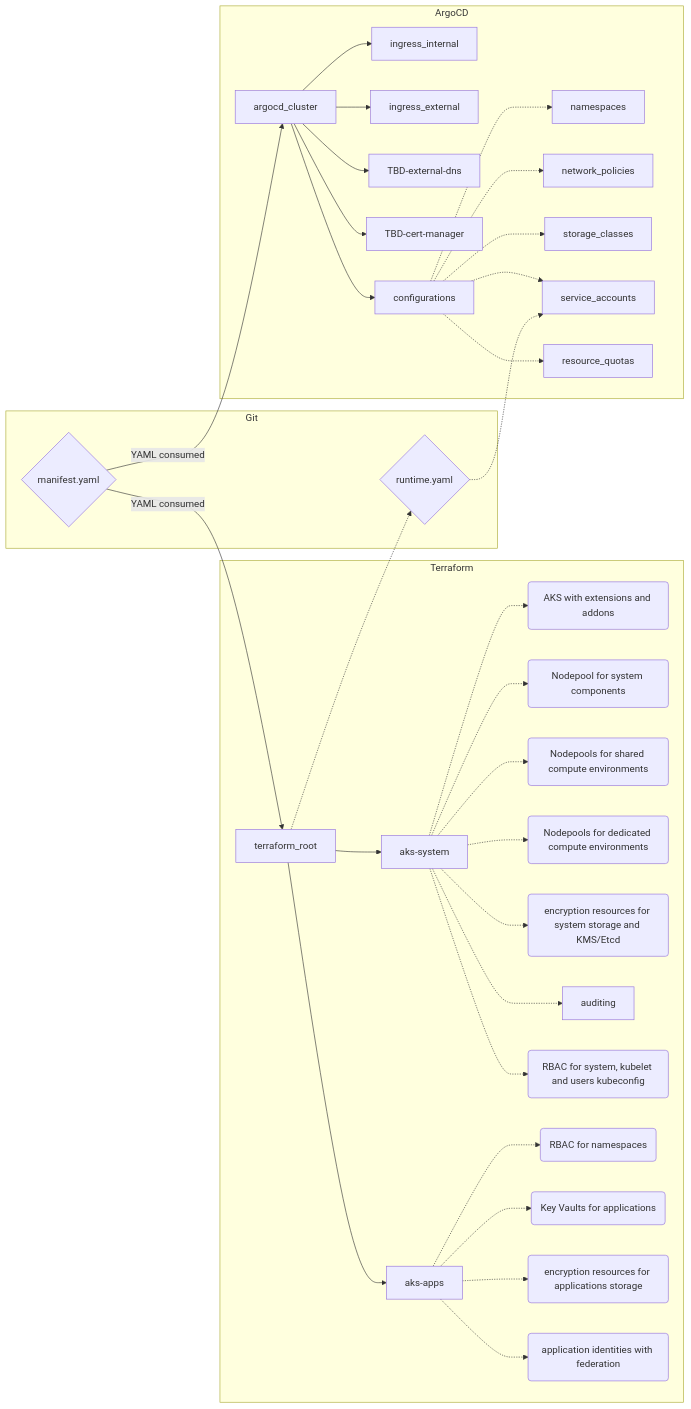
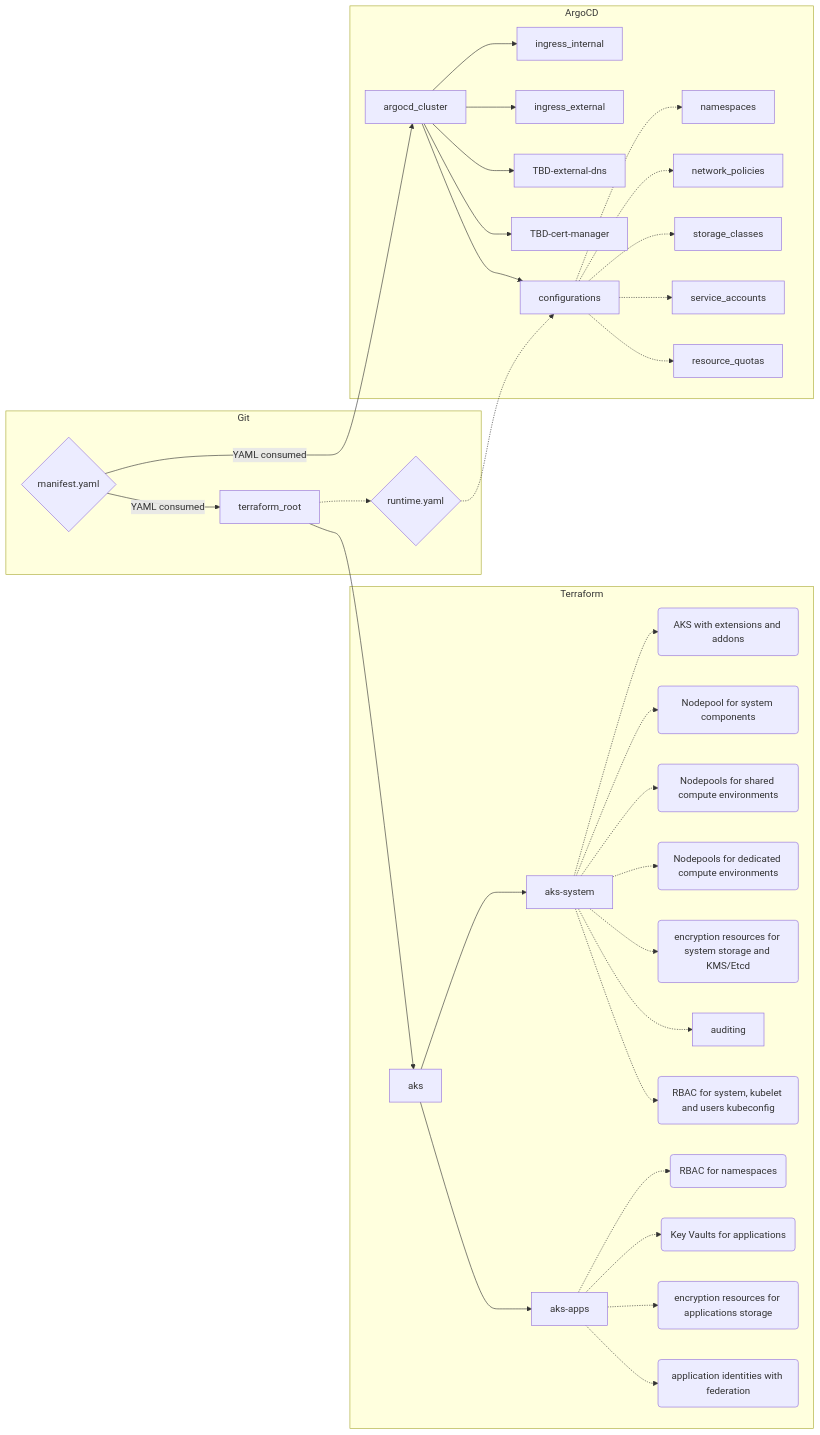
The first of 2 diagrams in README.md (tkubica12/aks-as-a-service), drawn with Mermaid before and after one commit. The commit also changed 7 other files, not shown here.

````diff
--- a/README.md
+++ b/README.md
@@ -18,45 +18,47 @@
 ```mermaid
 graph LR;
     subgraph Git
         manifest{manifest.yaml}
         runtime{runtime.yaml}
+        terraform_root
     end;
 
     manifest{manifest.yaml} -- YAML consumed --> terraform_root
     manifest -- YAML consumed --> argocd_cluster
     terraform_root .-> runtime{runtime.yaml}
+    terraform_root --> aks
 
     subgraph Terraform
-        terraform_root --> aks-system;
-        terraform_root --> aks-apps;
+        aks --> aks-system;
+        aks --> aks-apps;
 
-        aks-system .-> aks(AKS with extensions and addons)
+        aks-system .-> aks_cluster(AKS with extensions and addons)
         aks-system .-> system_nodepool(Nodepool for system components)
         aks-system .-> shared_nodepools(Nodepools for shared compute environments)
         aks-system .-> dedicated_nodepools(Nodepools for dedicated compute environments)
         aks-system .-> encrypt_system(encryption resources for system storage and KMS/Etcd)
         aks-system .-> auditing
         aks-system .-> rbac_system(RBAC for system, kubelet and users kubeconfig)
         aks-apps .-> rbac(RBAC for namespaces)
         aks-apps .-> kv(Key Vaults for applications)
         aks-apps .-> encrypt_apps(encryption resources for applications storage)
         aks-apps .-> identities(application identities with federation)
     end;
 
  
 
     subgraph ArgoCD
         argocd_cluster --> ingress_internal;
         argocd_cluster --> ingress_external;
         argocd_cluster --> TBD-external-dns;
         argocd_cluster --> TBD-cert-manager;
         argocd_cluster --> configurations;
         configurations .-> namespaces;
         configurations .-> network_policies;
         configurations .-> storage_classes;
         configurations .-> service_accounts;
         configurations .-> resource_quotas;
     end;
 
-    runtime .-> service_accounts
+    runtime .-> configurations
 ```
````
